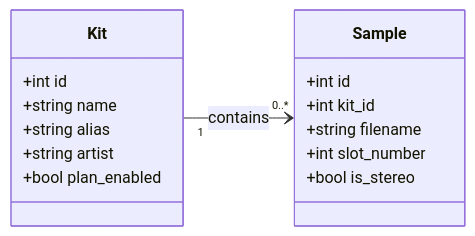
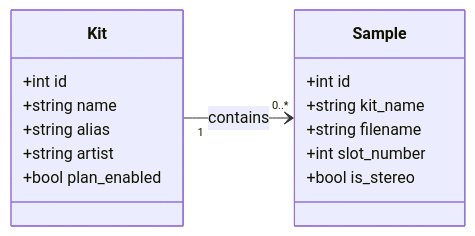
Before and after one commit to peteb4ker/romper: the diagram in docs/romper-db.mmd, drawn with Mermaid. The commit also changed 48 other files, not shown here.

First line of the commit message:
refactor: major architecture improvements and schema simplification

```diff
--- a/docs/romper-db.mmd
+++ b/docs/romper-db.mmd
@@ -1,33 +1,33 @@
 %%{init: {
   "theme": "base",
   "themeVariables": {
     "primaryColor": "#f6f8fa",
     "primaryTextColor": "#1f2328",
     "primaryBorderColor": "#d0d7de",
     "lineColor": "#57606a",
     "fontSize": "14px",
     "fontFamily": "-apple-system, BlinkMacSystemFont, 'Segoe UI', Helvetica, Arial, sans-serif",
     "edgeLabelBackground": "#ffffff"
   }
 }}%%
 
 classDiagram
     direction LR
 
     class Kit {
         +int id
         +string name
         +string alias
         +string artist
         +bool plan_enabled
     }
 
     class Sample {
         +int id
-        +int kit_id
+        +string kit_name
         +string filename
         +int slot_number
         +bool is_stereo
     }
 
     Kit "1" --> "0..*" Sample : contains
```
